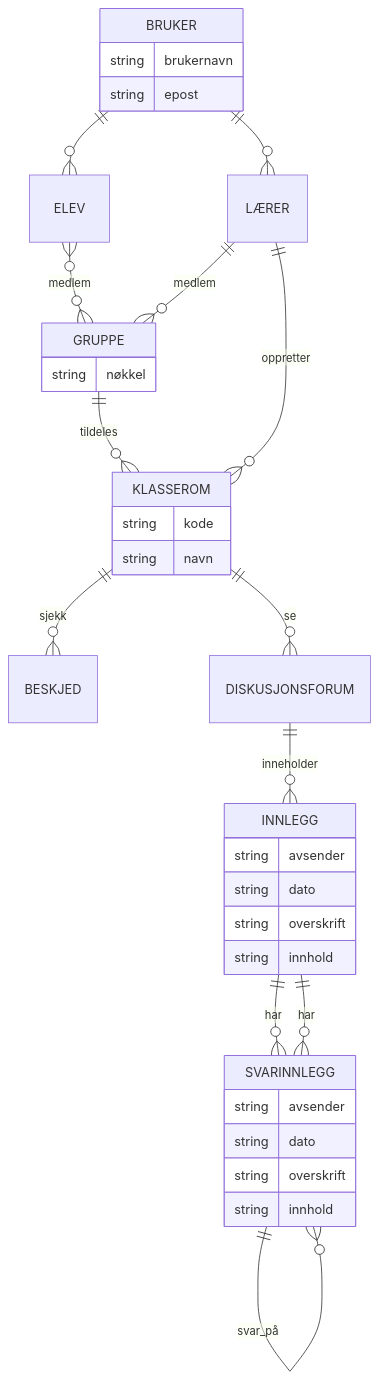
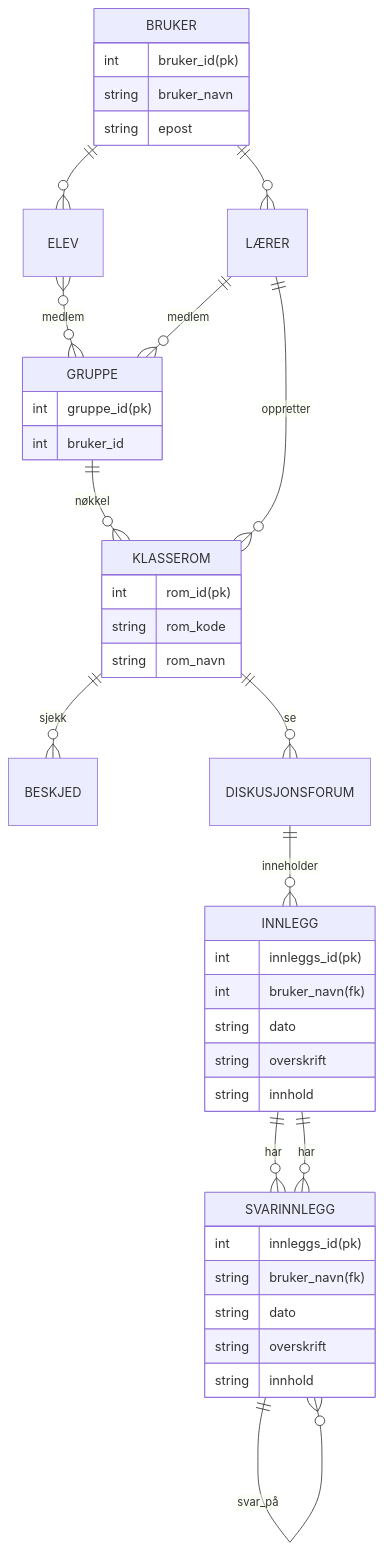
One commit to programmerBredC/data1500-oving-04 changed the second of 2 diagrams in OPPGAVE.md. Above: the diagram before and after it, drawn with Mermaid.

````diff
--- a/OPPGAVE.md
+++ b/OPPGAVE.md
@@ -48,42 +48,48 @@
 ```mermaid
 erDiagram
 BRUKER {
-    string brukernavn
+    int bruker_id(pk)
+    string bruker_navn
     string epost
     }
     BRUKER ||--o{ LÆRER : ""
     BRUKER ||--o{ ELEV : ""
 
 KLASSEROM {
-    string kode
-    string navn
+    int rom_id(pk)
+    string rom_kode
+    string rom_navn
 }
     ELEV }o--o{ GRUPPE : "medlem"
-    GRUPPE ||--o{ KLASSEROM :"tildeles"
+    GRUPPE ||--o{ KLASSEROM :"nøkkel"
 
 GRUPPE {
-    string nøkkel
+    int gruppe_id(pk)
+    int bruker_id
 }
     LÆRER ||--o{ KLASSEROM : "oppretter"
     LÆRER ||--o{ GRUPPE : "medlem"
     KLASSEROM ||--o{ BESKJED : "sjekk"
     KLASSEROM ||--o{ DISKUSJONSFORUM : "se"
     DISKUSJONSFORUM ||--o{ INNLEGG : "inneholder"
+
 INNLEGG {
-    string avsender
+    int innleggs_id(pk)
+    int bruker_navn(fk)
     string dato
     string overskrift
     string innhold
 }
 SVARINNLEGG {
-    string avsender
+    int innleggs_id(pk)
+    string bruker_navn(fk)
     string dato
     string overskrift
     string innhold
 }
     INNLEGG ||--o{ SVARINNLEGG : har
     SVARINNLEGG ||--o{ SVARINNLEGG : svar_på
 
     INNLEGG ||--o{ SVARINNLEGG : har
     SVARINNLEGG ||--o{ SVARINNLEGG : svar_på
 ```
````
